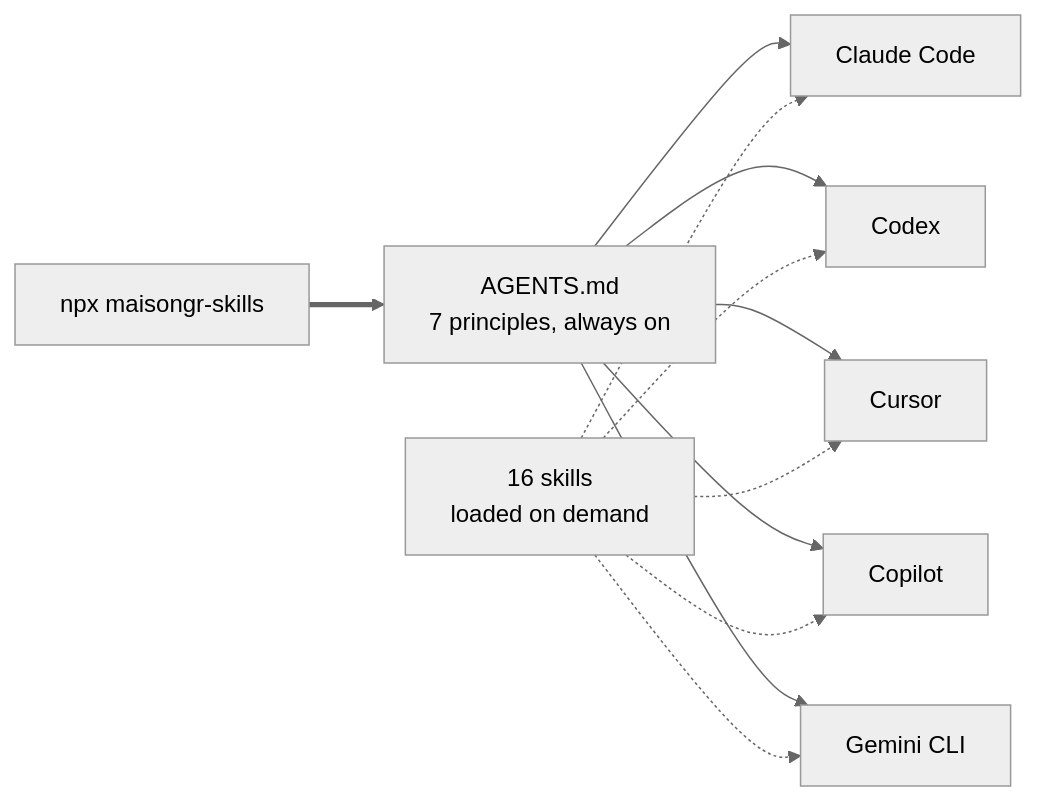
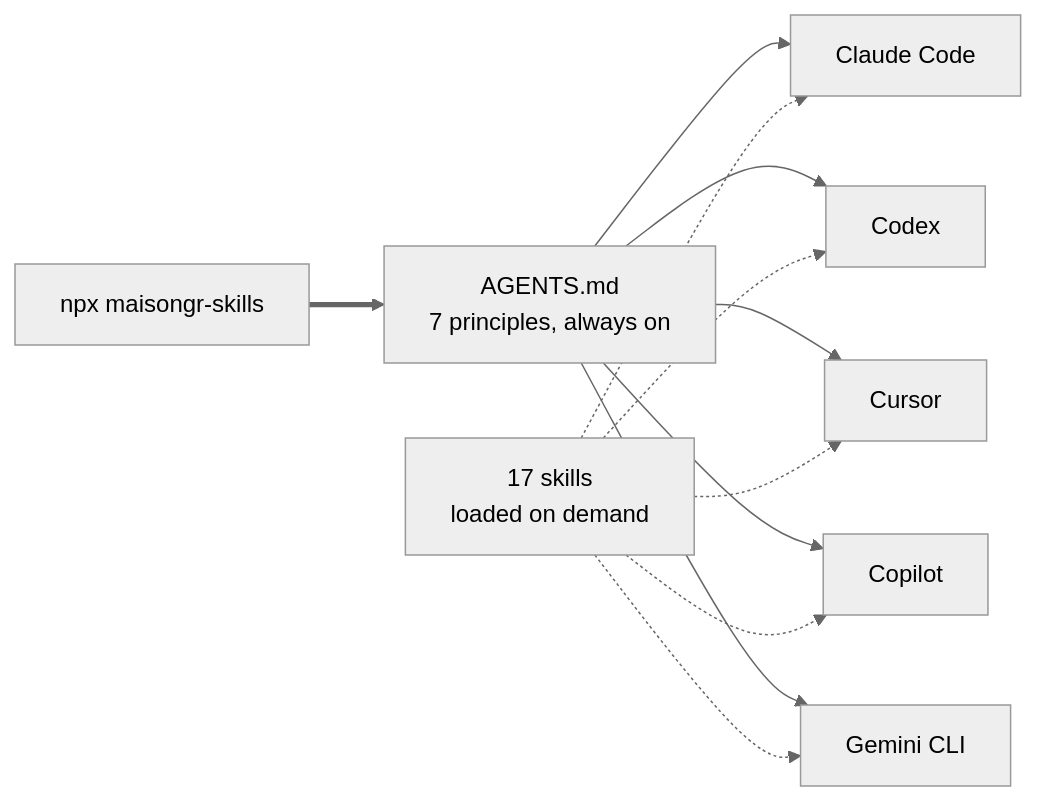
The first of 2 diagrams in README.md (maison-gr/maisongr-skills), drawn with Mermaid (neutral theme) before and after one commit. The commit also changed other lines of this file and 7 other files, not shown here.

````diff
--- a/README.md
+++ b/README.md
@@ -100,10 +100,10 @@
 ```mermaid
 flowchart LR
     N["npx maisongr-skills"] ==> A
     A["AGENTS.md<br/>7 principles, always on"] --> C[Claude Code]
     A --> X[Codex]
     A --> U[Cursor]
     A --> P[Copilot]
     A --> G[Gemini CLI]
-    S["16 skills<br/>loaded on demand"] -.-> C & X & U & P & G
+    S["17 skills<br/>loaded on demand"] -.-> C & X & U & P & G
 ```
````
